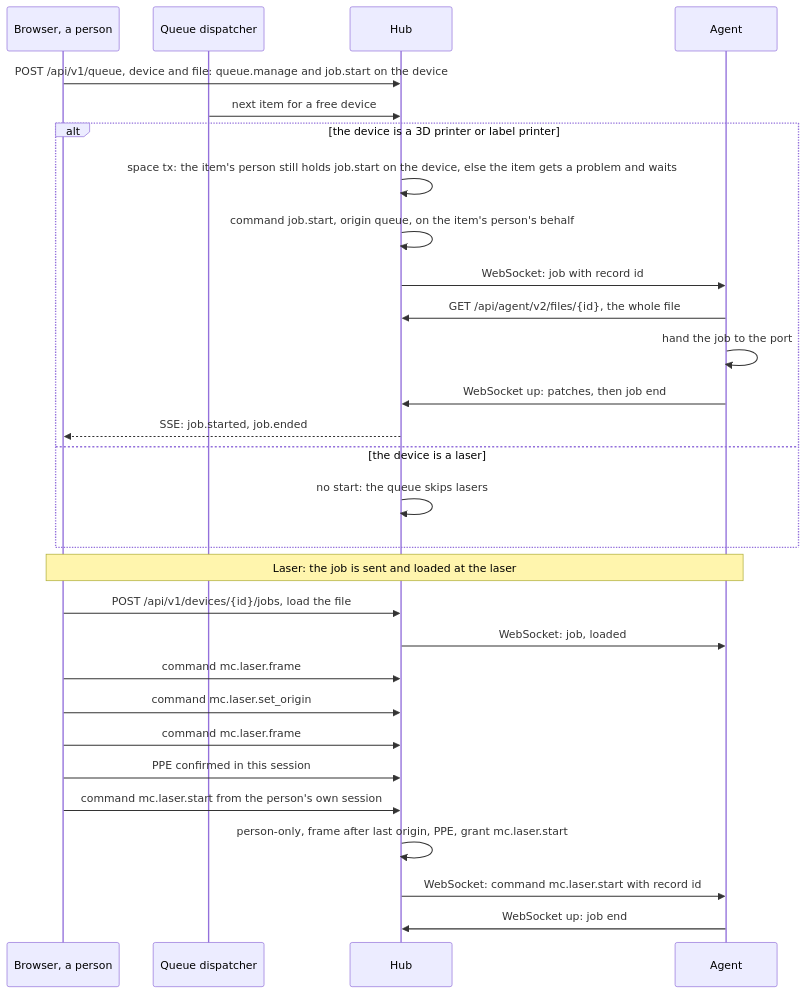
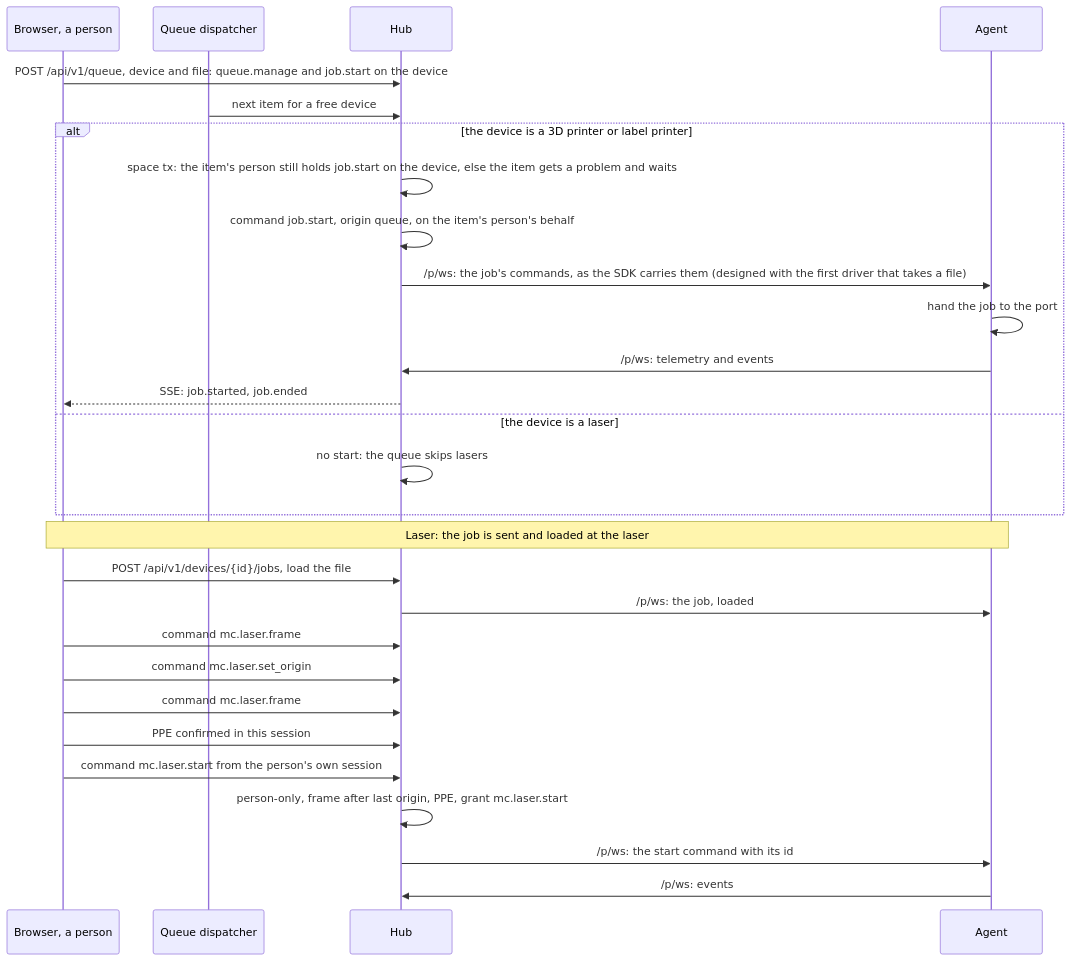
One commit to CuriousTimo/Maker-Connect changed the third of 7 diagrams in docs/design/flows.md. Above: the diagram before and after it, drawn with Mermaid. The commit also changed other lines of this file and 12 other files, not shown here.

````diff
--- a/docs/design/flows.md
+++ b/docs/design/flows.md
@@ -101,31 +100,30 @@
 ```mermaid
 sequenceDiagram
   participant B as Browser, a person
   participant Q as Queue dispatcher
   participant H as Hub
   participant A as Agent
   B->>H: POST /api/v1/queue, device and file: queue.manage and job.start on the device
   Q->>H: next item for a free device
   alt the device is a 3D printer or label printer
     H->>H: space tx: the item's person still holds job.start on the device, else the item gets a problem and waits
     H->>H: command job.start, origin queue, on the item's person's behalf
-    H->>A: WebSocket: job with record id
-    A->>H: GET /api/agent/v2/files/{id}, the whole file
+    H->>A: /p/ws: the job's commands, as the SDK carries them (designed with the first driver that takes a file)
     A->>A: hand the job to the port
-    A->>H: WebSocket up: patches, then job end
+    A->>H: /p/ws: telemetry and events
     H-->>B: SSE: job.started, job.ended
   else the device is a laser
     H->>H: no start: the queue skips lasers
   end
   Note over B,A: Laser: the job is sent and loaded at the laser
   B->>H: POST /api/v1/devices/{id}/jobs, load the file
-  H->>A: WebSocket: job, loaded
+  H->>A: /p/ws: the job, loaded
   B->>H: command mc.laser.frame
   B->>H: command mc.laser.set_origin
   B->>H: command mc.laser.frame
   B->>H: PPE confirmed in this session
   B->>H: command mc.laser.start from the person's own session
   H->>H: person-only, frame after last origin, PPE, grant mc.laser.start
-  H->>A: WebSocket: command mc.laser.start with record id
-  A->>H: WebSocket up: job end
+  H->>A: /p/ws: the start command with its id
+  A->>H: /p/ws: events
 ```
````
